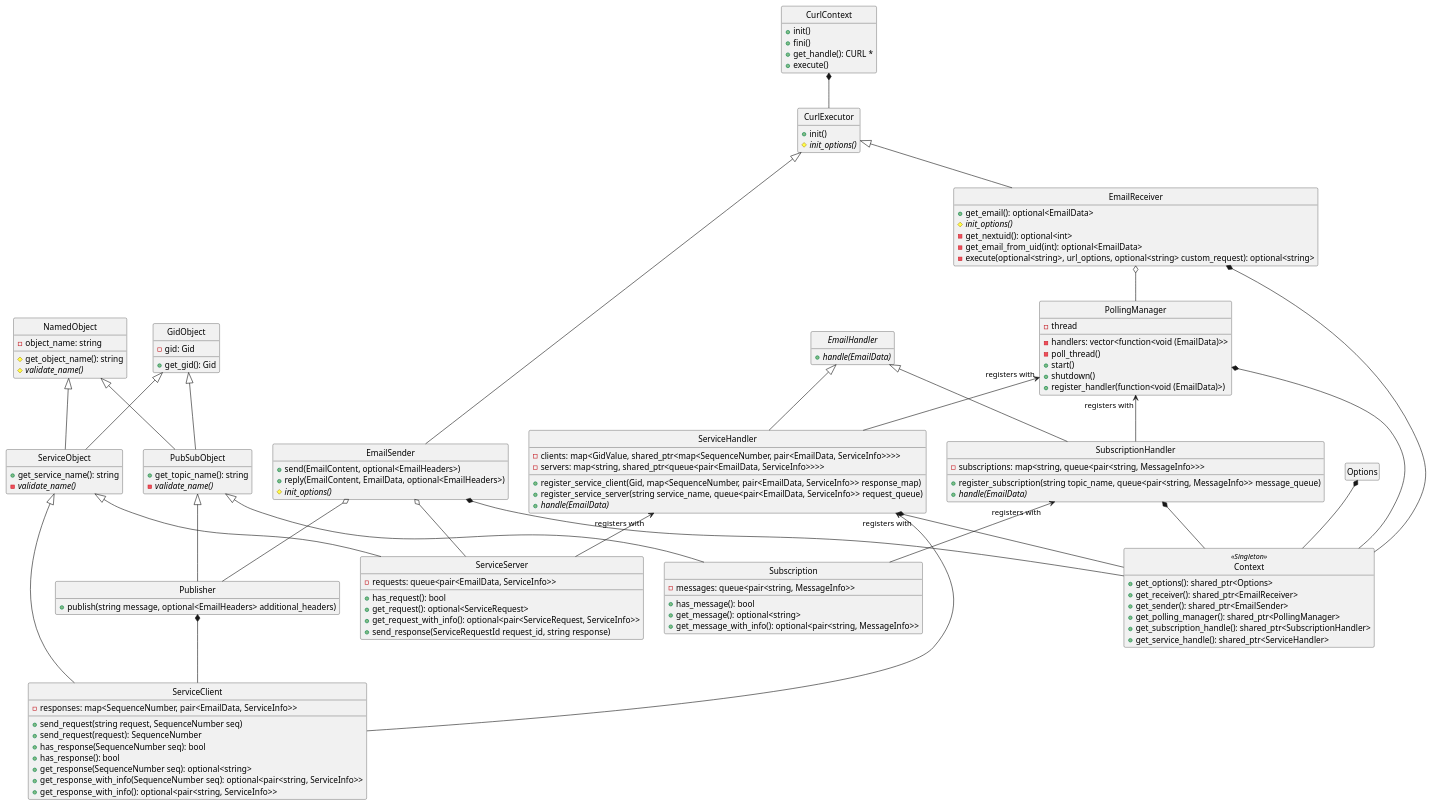
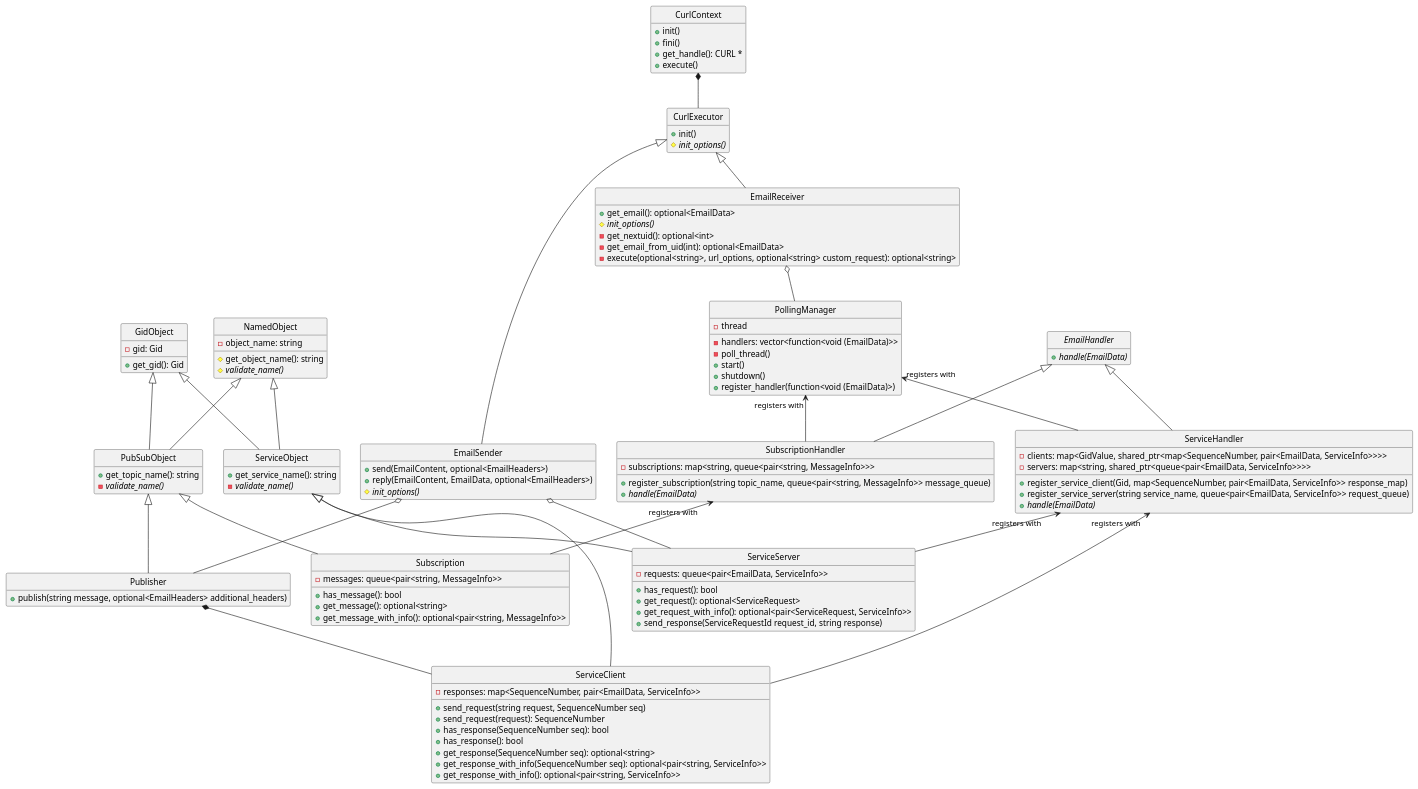
Before and after one commit to christophebedard/rmw_email: the first of 5 diagrams in email/doc/design.md, drawn with PlantUML.

Commit message:
Create separate diagram for context

````diff
--- a/email/doc/design.md
+++ b/email/doc/design.md
@@ -245,21 +231,5 @@
 EmailSender o-- ServiceServer
 ServiceHandler "registers with" <-- ServiceServer
 
-
-class Context <<Singleton>> {
-   +get_options(): shared_ptr<Options>
-   +get_receiver(): shared_ptr<EmailReceiver>
-   +get_sender(): shared_ptr<EmailSender>
-   +get_polling_manager(): shared_ptr<PollingManager>
-   +get_subscription_handle(): shared_ptr<SubscriptionHandler>
-   +get_service_handle(): shared_ptr<ServiceHandler>
-}
-Options *-- Context
-EmailReceiver *-- Context
-EmailSender *-- Context
-PollingManager *-- Context
-SubscriptionHandler *-- Context
-ServiceHandler *-- Context
-
 @enduml
 ```
````
